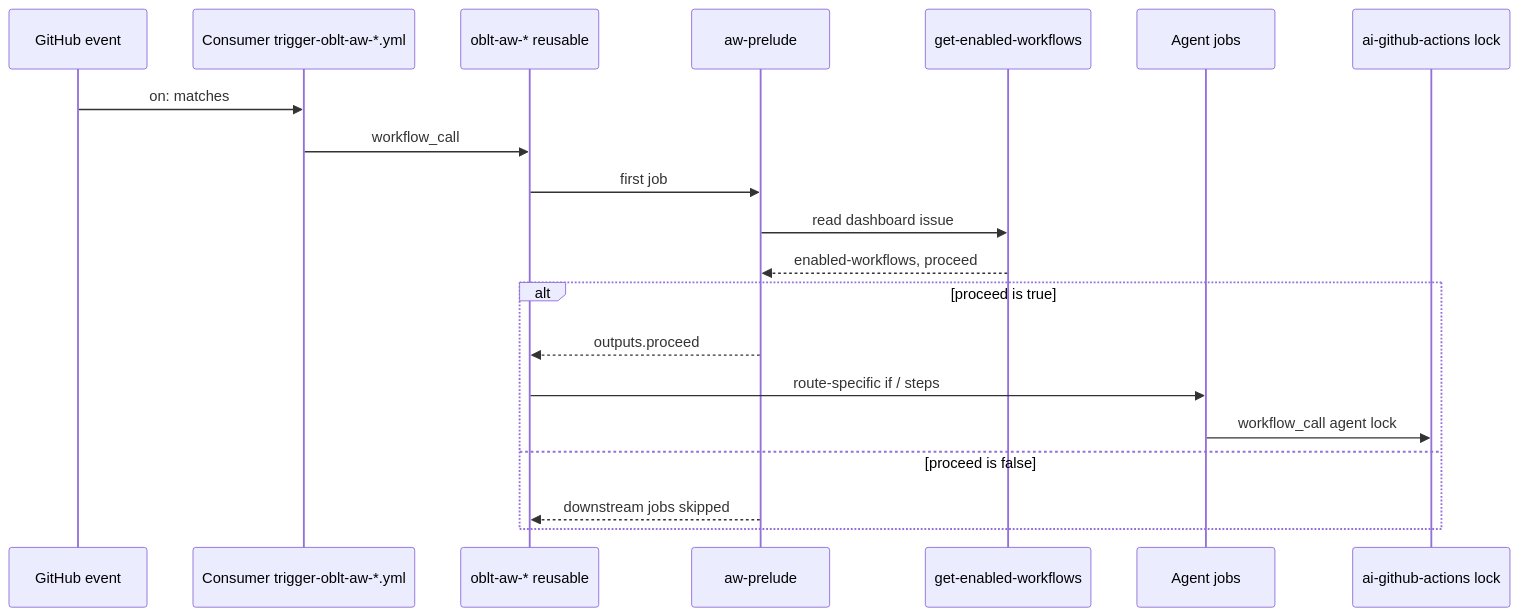
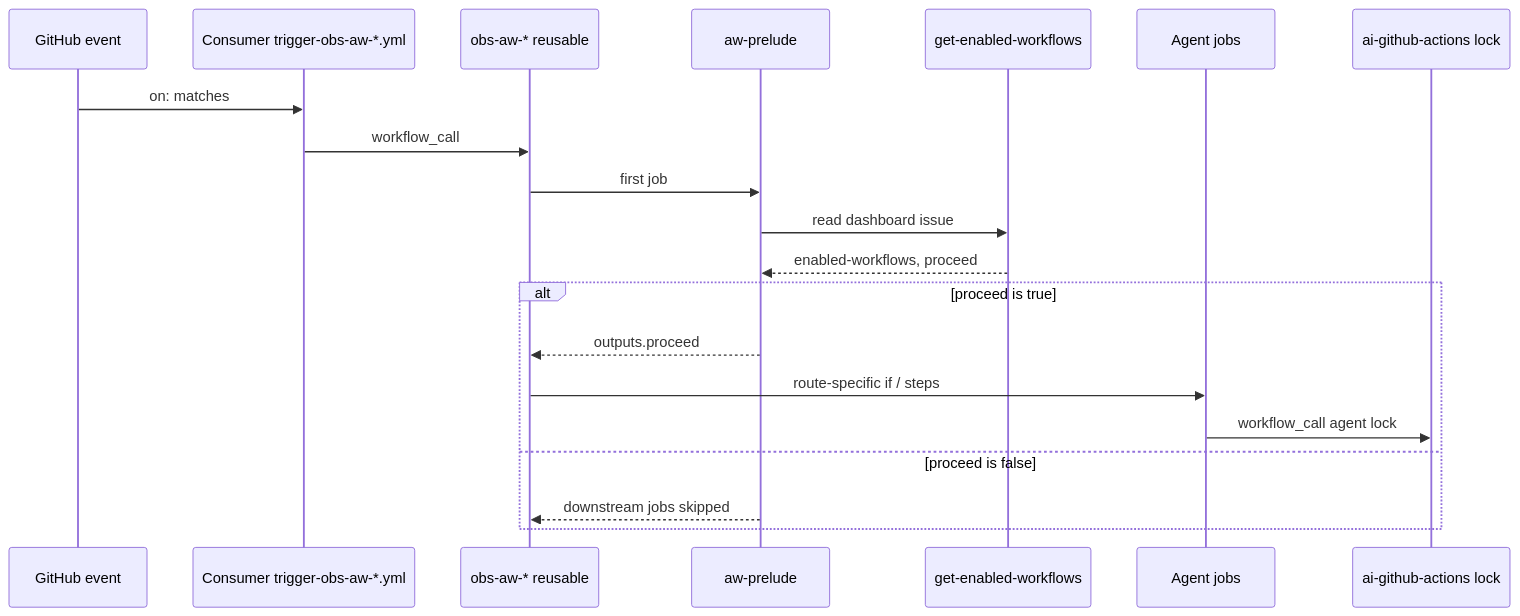
One commit to elastic/oblt-aw changed the third of 4 diagrams in docs/architecture/overview.md. Above: the diagram before and after it, drawn with Mermaid. The commit also changed other lines of this file and 151 other files, not shown here.

First line of the commit message:
Align Observability workflow org particle from oblt-aw to obs-aw.

````diff
--- a/docs/architecture/overview.md
+++ b/docs/architecture/overview.md
@@ -113,23 +113,23 @@
 ```mermaid
 sequenceDiagram
   participant GH as GitHub event
-  participant Client as Consumer trigger-oblt-aw-*.yml
-  participant Reuse as oblt-aw-* reusable
+  participant Client as Consumer trigger-obs-aw-*.yml
+  participant Reuse as obs-aw-* reusable
   participant Prelude as aw-prelude
   participant GET as get-enabled-workflows
   participant Agent as Agent jobs
   participant Up as ai-github-actions lock
 
   GH->>Client: on: matches
   Client->>Reuse: workflow_call
   Reuse->>Prelude: first job
   Prelude->>GET: read dashboard issue
   GET-->>Prelude: enabled-workflows, proceed
   alt proceed is true
     Prelude-->>Reuse: outputs.proceed
     Reuse->>Agent: route-specific if / steps
     Agent->>Up: workflow_call agent lock
   else proceed is false
     Prelude-->>Reuse: downstream jobs skipped
   end
 ```
````
